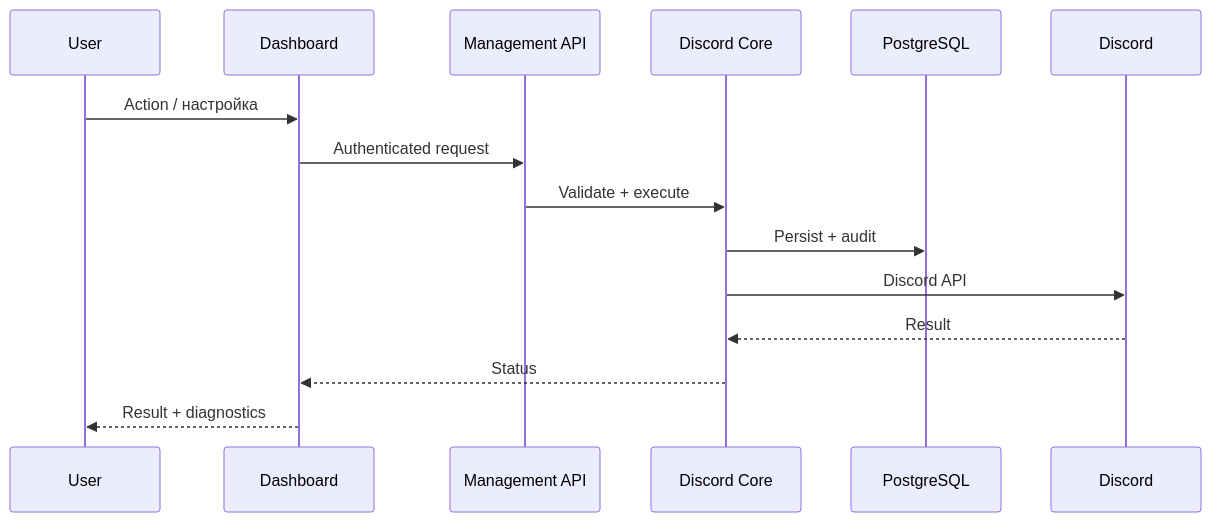
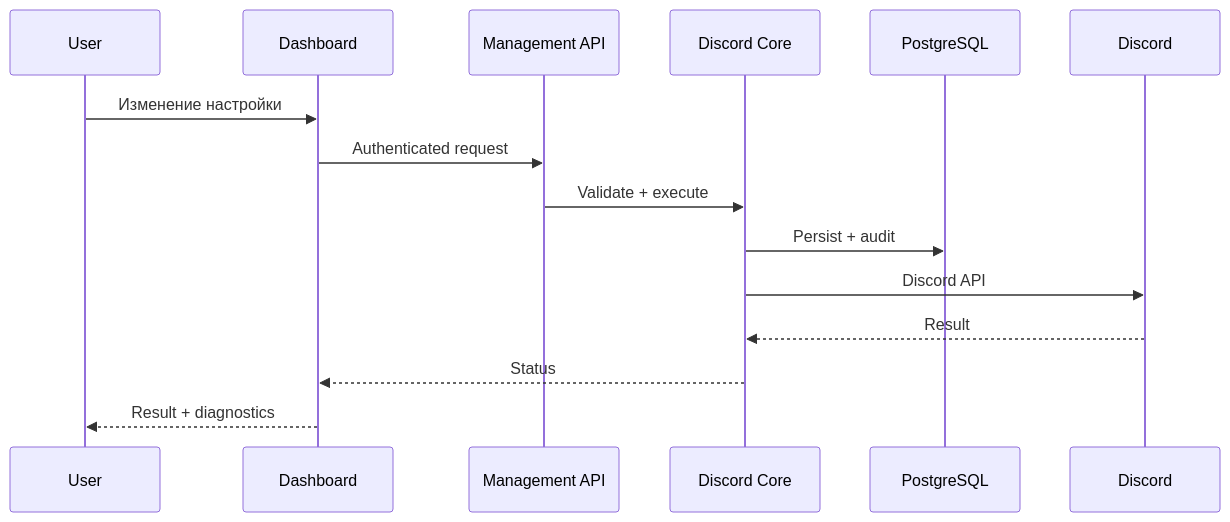
The second of 4 diagrams in README.md (Agro4221/Discord-Server-Platform), drawn with Mermaid before and after one commit. The commit also changed other lines of this file, not shown here.

```diff
--- a/README.md
+++ b/README.md
@@ -83,18 +124,18 @@
 ~~~mermaid
 sequenceDiagram
     participant U as User
     participant D as Dashboard
     participant A as Management API
     participant C as Discord Core
     participant DB as PostgreSQL
     participant G as Discord
 
-    U->>D: Action / настройка
+    U->>D: Изменение настройки
     D->>A: Authenticated request
     A->>C: Validate + execute
     C->>DB: Persist + audit
     C->>G: Discord API
     G-->>C: Result
     C-->>D: Status
     D-->>U: Result + diagnostics
 ~~~
```
